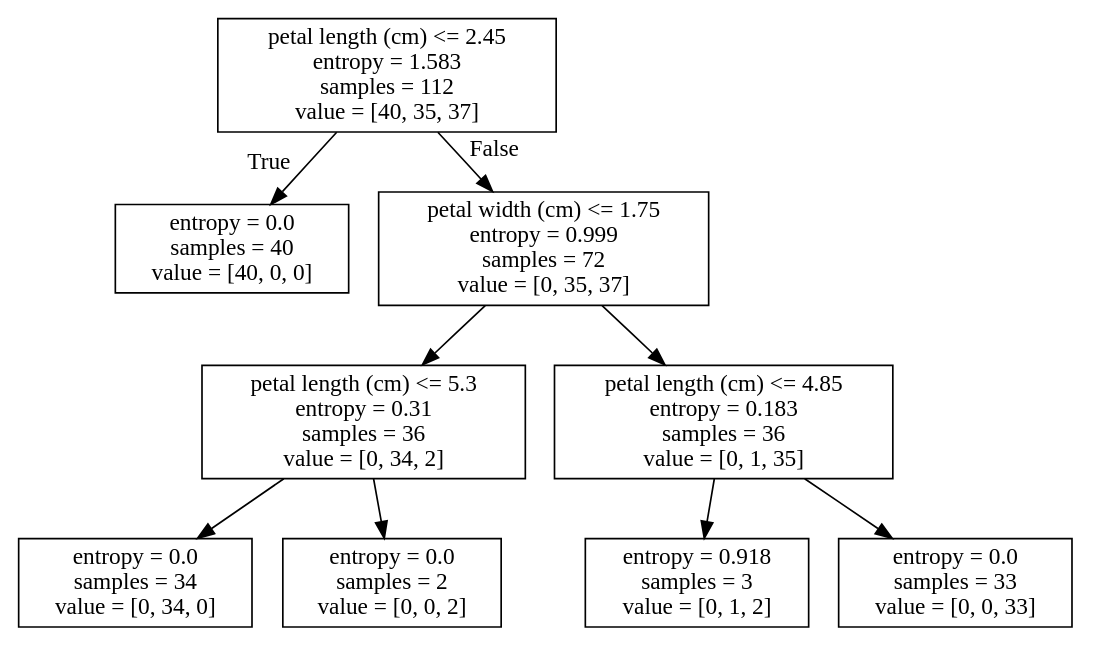
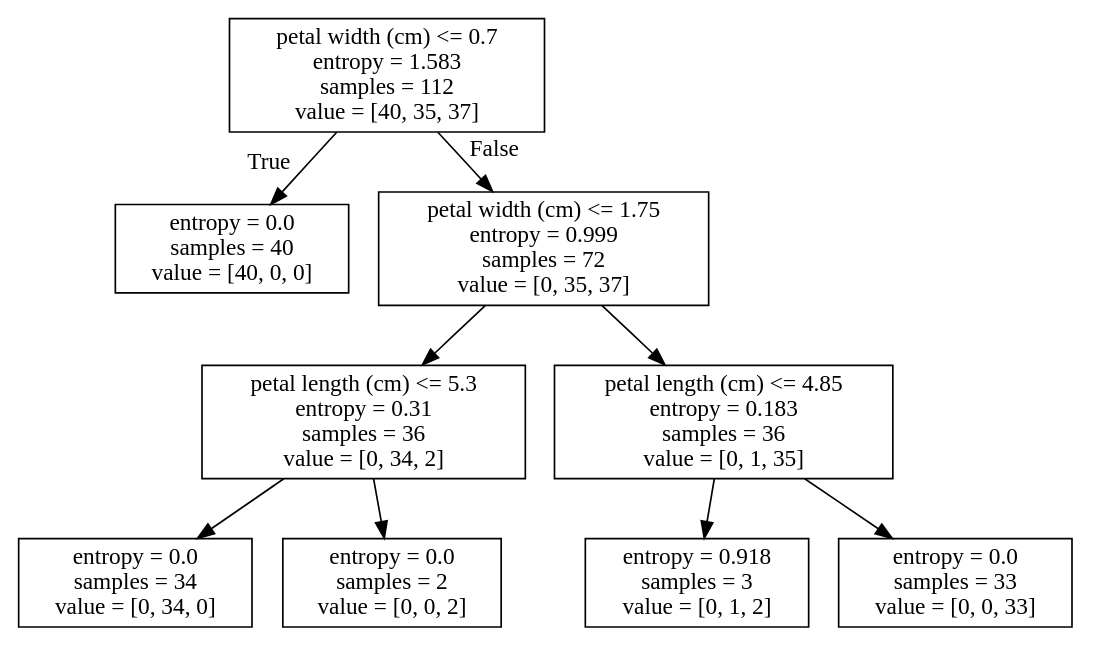
Before and after one commit to gomljo/DecisionTreeForPaper: the diagram in result/scikit-learn dot/iris result-second.dot, drawn with Graphviz. The commit also changed 16 other files, not shown here.

```diff
--- a/result/scikit-learn dot/iris result-second.dot
+++ b/result/scikit-learn dot/iris result-second.dot
@@ -1,20 +1,20 @@
 digraph Tree {
 node [shape=box] ;
-0 [label="petal length (cm) <= 2.45\nentropy = 1.583\nsamples = 112\nvalue = [40, 35, 37]"] ;
+0 [label="petal width (cm) <= 0.7\nentropy = 1.583\nsamples = 112\nvalue = [40, 35, 37]"] ;
 1 [label="entropy = 0.0\nsamples = 40\nvalue = [40, 0, 0]"] ;
 0 -> 1 [labeldistance=2.5, labelangle=45, headlabel="True"] ;
 2 [label="petal width (cm) <= 1.75\nentropy = 0.999\nsamples = 72\nvalue = [0, 35, 37]"] ;
 0 -> 2 [labeldistance=2.5, labelangle=-45, headlabel="False"] ;
 3 [label="petal length (cm) <= 5.3\nentropy = 0.31\nsamples = 36\nvalue = [0, 34, 2]"] ;
 2 -> 3 ;
 4 [label="entropy = 0.0\nsamples = 34\nvalue = [0, 34, 0]"] ;
 3 -> 4 ;
 5 [label="entropy = 0.0\nsamples = 2\nvalue = [0, 0, 2]"] ;
 3 -> 5 ;
 6 [label="petal length (cm) <= 4.85\nentropy = 0.183\nsamples = 36\nvalue = [0, 1, 35]"] ;
 2 -> 6 ;
 7 [label="entropy = 0.918\nsamples = 3\nvalue = [0, 1, 2]"] ;
 6 -> 7 ;
 8 [label="entropy = 0.0\nsamples = 33\nvalue = [0, 0, 33]"] ;
 6 -> 8 ;
 }
```
